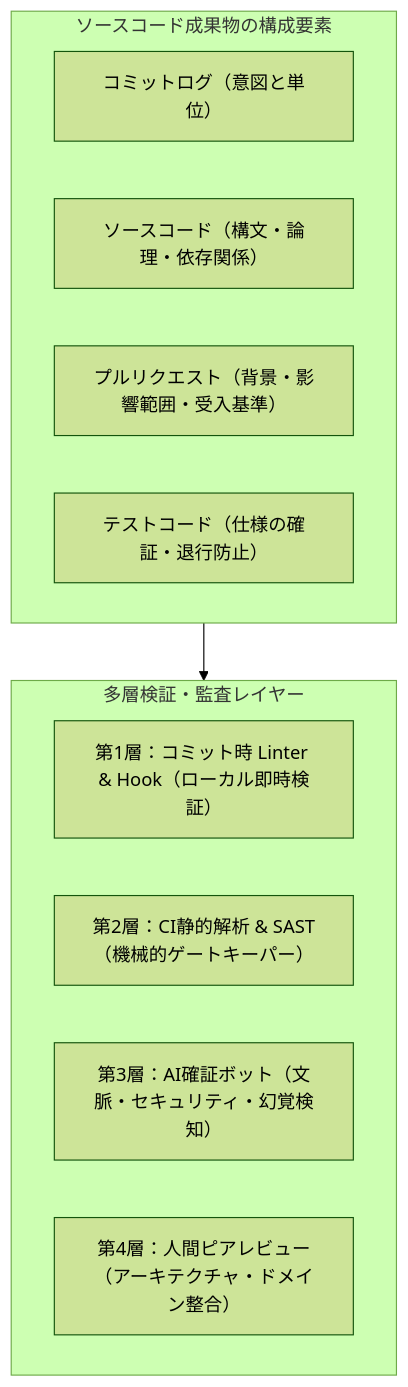
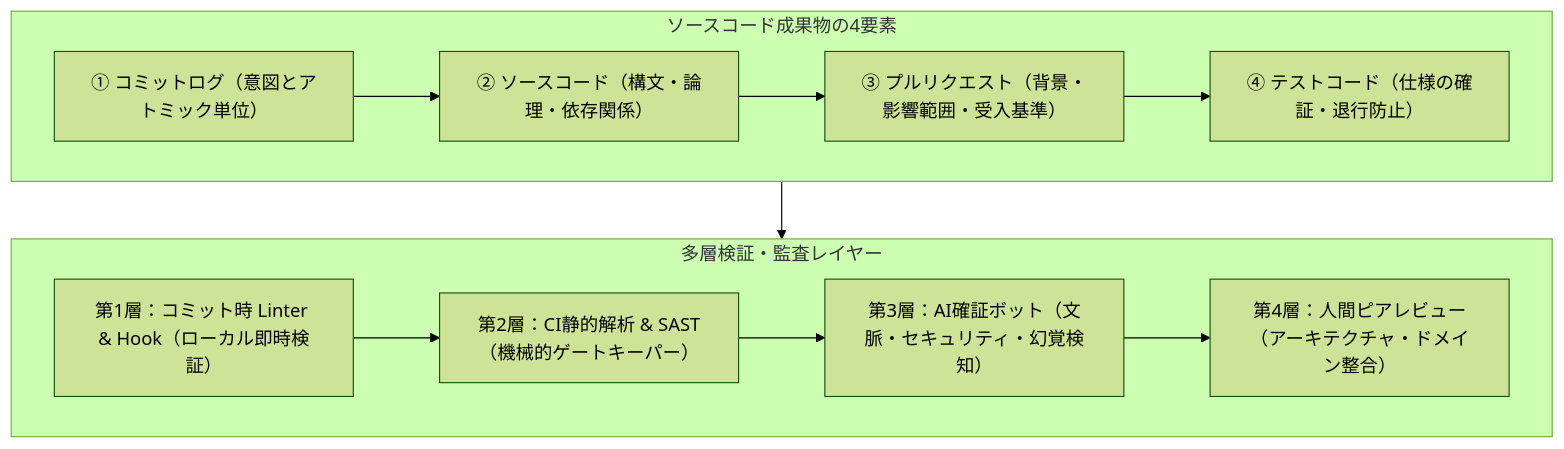
One commit to AnaharaYasuo/product-quality-management-book changed the first of 4 diagrams in manuscript/07_chapter7.md. Above: the diagram before and after it, drawn with Mermaid (forest theme). The commit also changed other lines of this file and 32 other files, not shown here.

````diff
--- a/manuscript/07_chapter7.md
+++ b/manuscript/07_chapter7.md
@@ -13,18 +13,12 @@
 ```mermaid
 flowchart TD
-    subgraph Artifacts["ソースコード成果物の構成要素"]
-        A1["コミットログ（意図と単位）"]
-        A2["ソースコード（構文・論理・依存関係）"]
-        A3["プルリクエスト（背景・影響範囲・受入基準）"]
-        A4["テストコード（仕様の確証・退行防止）"]
+    subgraph Artifacts["ソースコード成果物の4要素"]
+        A1["① コミットログ（意図とアトミック単位）"] --> A2["② ソースコード（構文・論理・依存関係）"]
+        A2 --> A3["③ プルリクエスト（背景・影響範囲・受入基準）"] --> A4["④ テストコード（仕様の確証・退行防止）"]
     end
-
     subgraph Layers["多層検証・監査レイヤー"]
-        L1["第1層：コミット時 Linter & Hook（ローカル即時検証）"]
-        L2["第2層：CI静的解析 & SAST（機械的ゲートキーパー）"]
-        L3["第3層：AI確証ボット（文脈・セキュリティ・幻覚検知）"]
-        L4["第4層：人間ピアレビュー（アーキテクチャ・ドメイン整合）"]
+        L1["第1層：コミット時 Linter & Hook（ローカル即時検証）"] --> L2["第2層：CI静的解析 & SAST（機械的ゲートキーパー）"]
+        L2 --> L3["第3層：AI確証ボット（文脈・セキュリティ・幻覚検知）"] --> L4["第4層：人間ピアレビュー（アーキテクチャ・ドメイン整合）"]
     end
-
     Artifacts --> Layers
 ```
````
